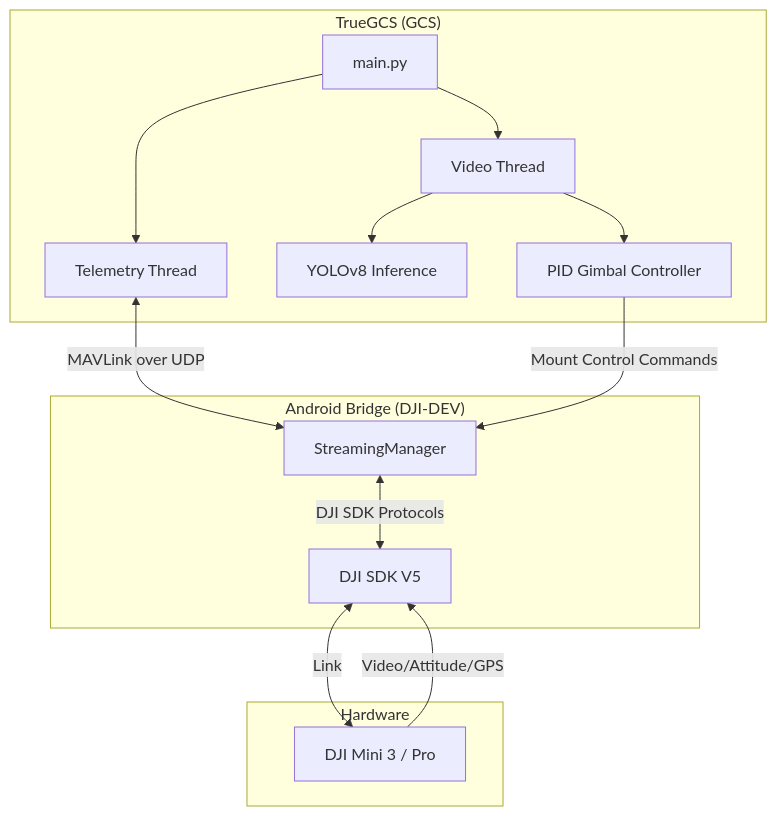
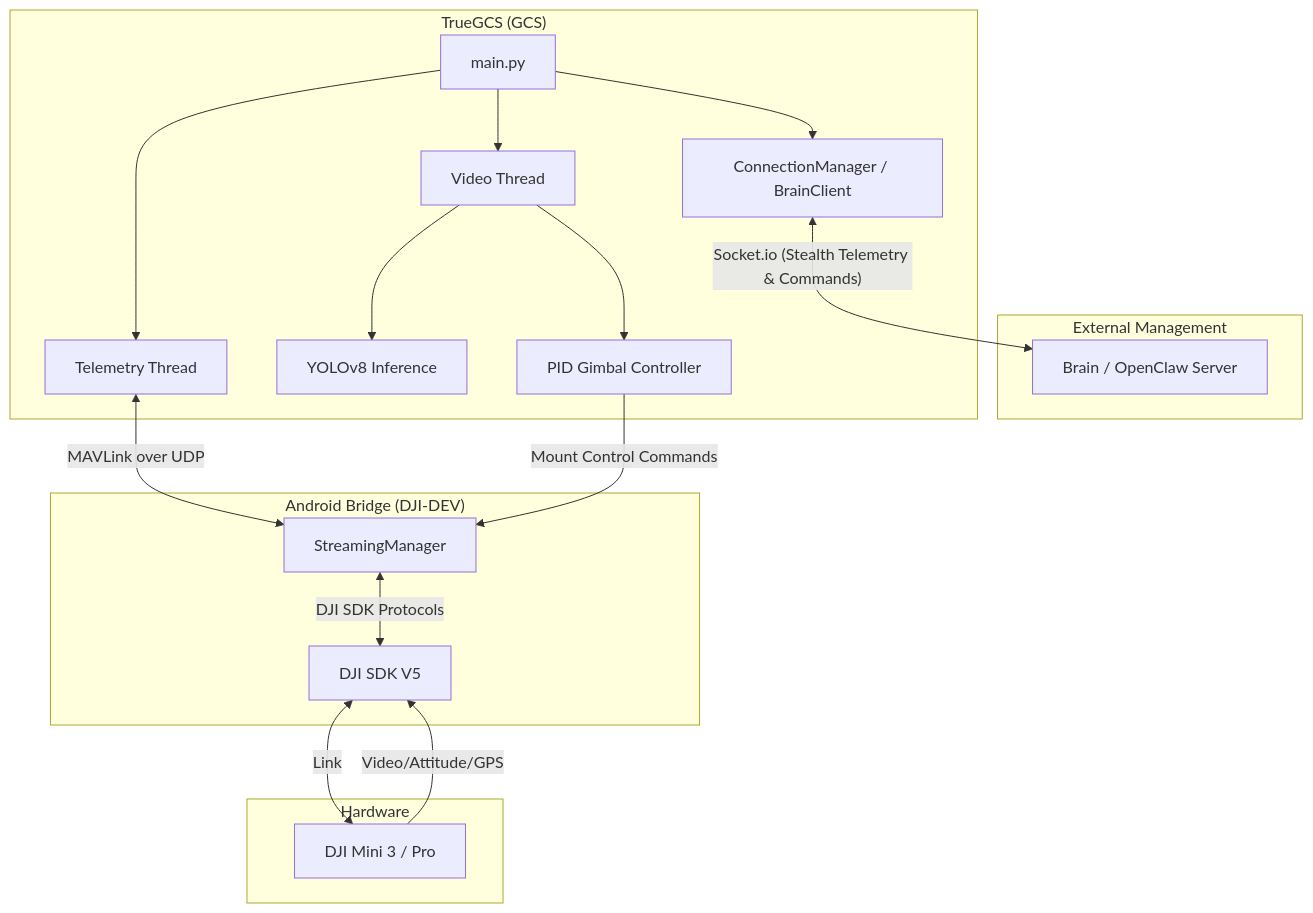
One commit to True2456/TrueGCS changed the diagram in README.md. Above: the diagram before and after it, drawn with Mermaid. The commit also changed other lines of this file, not shown here.

Commit message:
Update README architecture diagram to include Brain (OpenClaw) integration

````diff
--- a/README.md
+++ b/README.md
@@ -70,24 +70,30 @@
 ```mermaid
 graph TD
+    subgraph "External Management"
+        I[Brain / OpenClaw Server]
+    end
+
     subgraph "TrueGCS (GCS)"
         A[main.py] --> B[Telemetry Thread]
         A --> C[Video Thread]
+        A --> J[ConnectionManager / BrainClient]
         C --> D[YOLOv8 Inference]
         C --> E[PID Gimbal Controller]
     end
 
     subgraph "Android Bridge (DJI-DEV)"
         F[StreamingManager]
         G[DJI SDK V5]
     end
 
     subgraph "Hardware"
         H[DJI Mini 3 / Pro]
     end
 
+    J <-- "Socket.io (Stealth Telemetry & Commands)" --> I
     B <-- "MAVLink over UDP" --> F
     E -- "Mount Control Commands" --> F
     F <-- "DJI SDK Protocols" --> G
     G <-- "Link" --> H
     H -- "Video/Attitude/GPS" --> G
 ```
````
